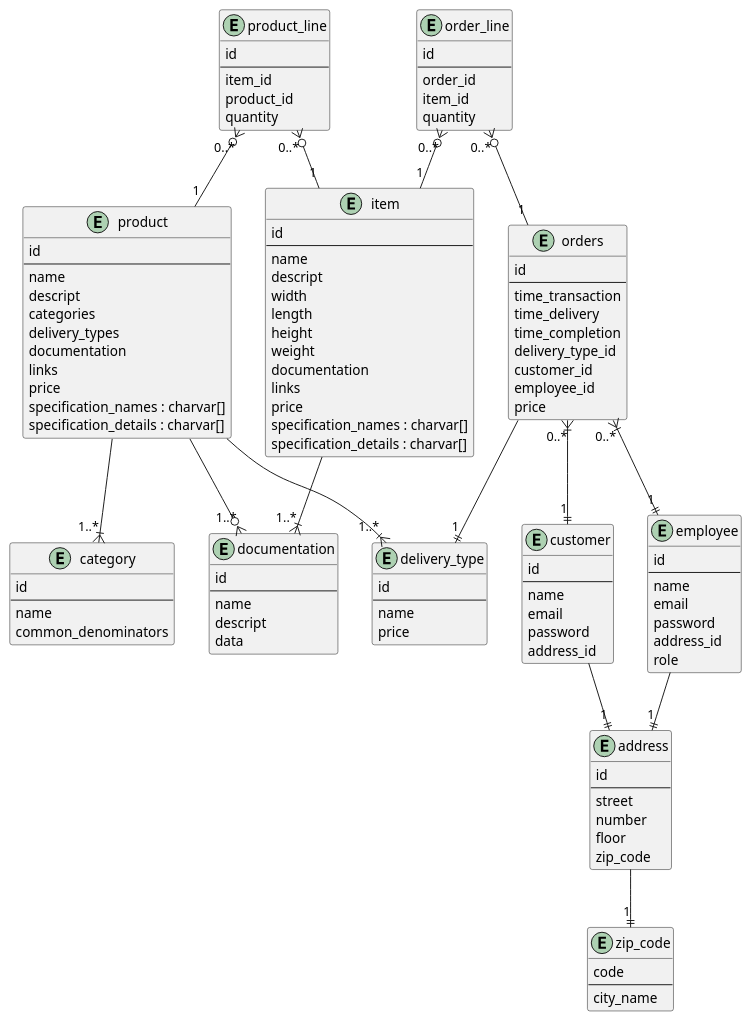
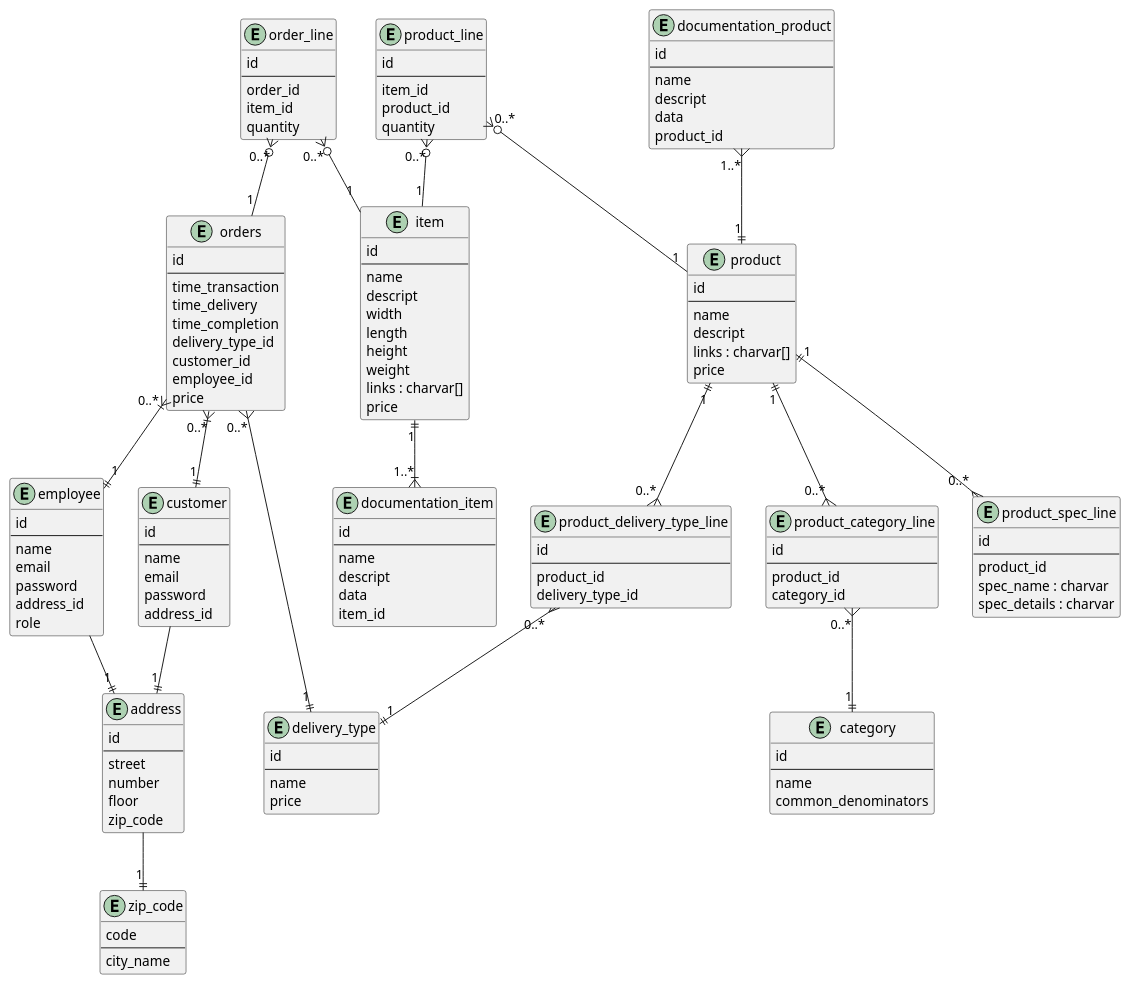
Before and after one commit to Oskar123456/carport: the diagram in report/UML/ERD.puml, drawn with PlantUML. The commit also changed 6 other files, not shown here.

```diff
--- a/report/UML/ERD.puml
+++ b/report/UML/ERD.puml
@@ -1,127 +1,152 @@
 @startuml
 
 entity item {
     id
     --
     name
     descript
     width
     length
     height
     weight
-    documentation
-    links
+    links : charvar[]
     price
-    specification_names : charvar[]
-    specification_details : charvar[]
 }
 entity product {
     id
     --
     name
     descript
-    categories
-    delivery_types
-    documentation
-    links
+    links : charvar[]
     price
-    specification_names : charvar[]
-    specification_details : charvar[]
 }
 entity product_line {
     id
     --
     item_id
     product_id
     quantity
 }
-entity documentation {
+entity documentation_product {
     id
     --
     name
     descript
     data
+    product_id
+}
+entity documentation_item {
+    id
+    --
+    name
+    descript
+    data
+    item_id
 }
 entity customer {
     id
     --
     name
     email
     password
     address_id
 }
 entity employee {
     id
     --
     name
     email
     password
     address_id
     role
 }
 entity orders {
     id
     --
     time_transaction
     time_delivery
     time_completion
     delivery_type_id
     customer_id
     employee_id
     price
 }
 entity order_line {
     id
     --
     order_id
     item_id
     quantity
 }
 entity delivery_type {
     id
     --
     name
     price
 }
 entity category {
     id
     --
     name
     common_denominators
 }
 entity address {
     id
     --
     street
     number
     floor
     zip_code
 }
 entity zip_code {
     code
     --
     city_name
 }
+entity product_spec_line {
+    id
+    --
+    product_id
+    spec_name : charvar
+    spec_details : charvar
+}
+entity product_category_line {
+    id
+    --
+    product_id
+    category_id
+}
+entity product_delivery_type_line {
+    id
+    --
+    product_id
+    delivery_type_id
+}
 
 product_line "0..*" }o-- "1" item
 product_line "0..*" }o-- "1" product
 
+product "1" ||--{ "0..*" product_category_line
+product_category_line "0..*" }--|| "1" category
+
+product "1" ||--{ "0..*" product_delivery_type_line
+product_delivery_type_line "0..*" }--|| "1" delivery_type
+
+product "1" ||--{ "0..*" product_spec_line
+
 order_line "0..*" }o-- "1" orders
 order_line "0..*" }o-- "1" item
 
-product " " --o{ "1..*" documentation
-item " " --|{ "1..*" documentation
-
-product " " --|{ "1..*" delivery_type
-product " " --|{ "1..*" category
+documentation_product "1..*" }--|| "1" product
+item "1" ||--|{ "1..*" documentation_item
 
 orders "0..*" }|--|| "1" customer
 orders "0..*" }|--|| "1" employee
-orders " " --|| "1" delivery_type
+orders "0..*" }--|| "1" delivery_type
 
 customer " " --|| "1" address
 employee " " --|| "1" address
 
 address " " --|| "1" zip_code
 
 @enduml
```
